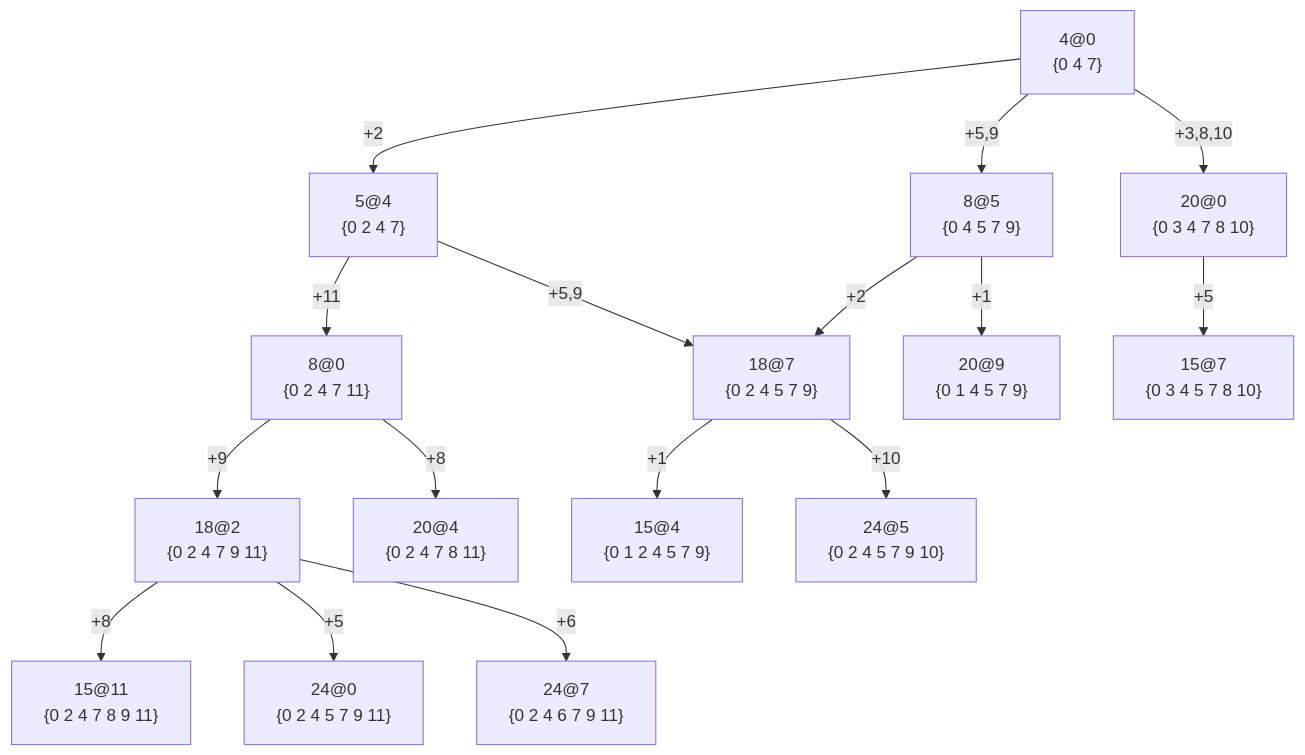
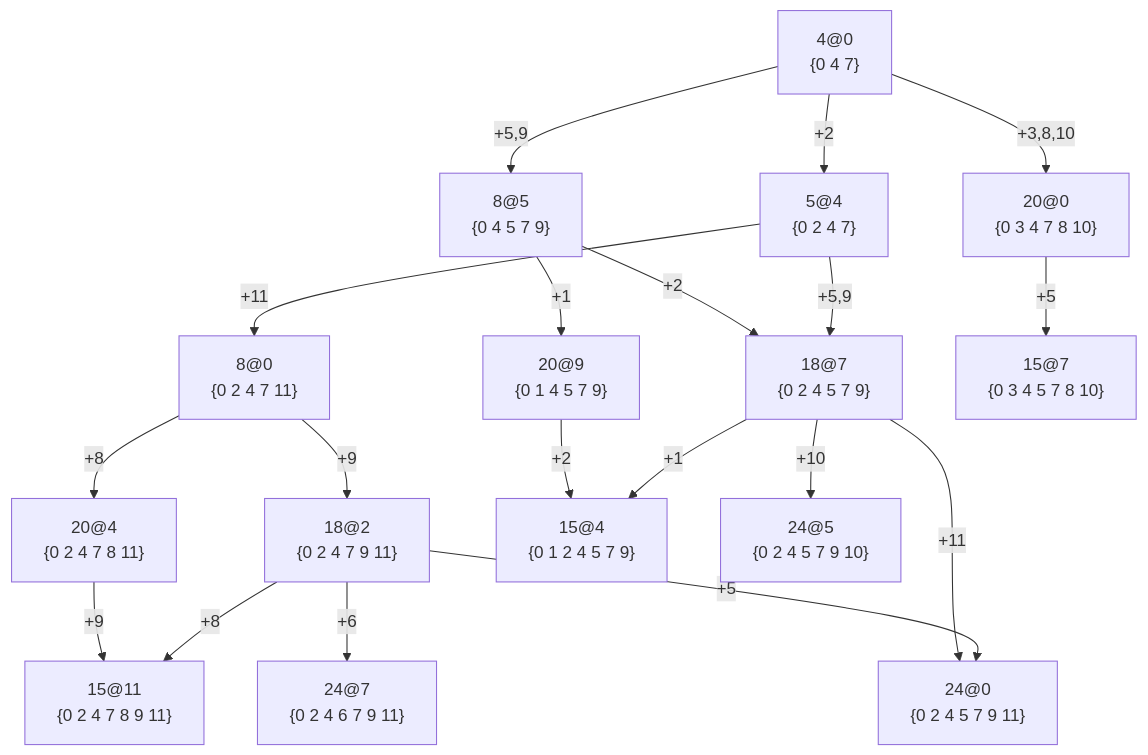
One commit to jkvastad/Melodroid-3 changed the fourth of 4 diagrams in website/docs/music/placements.mdx. Above: the diagram before and after it, drawn with Mermaid. The commit also changed other lines of this file and 2 other files, not shown here.

Commit message:
Updated placement graphs to align with placement command

````diff
--- a/website/docs/music/placements.mdx
+++ b/website/docs/music/placements.mdx
@@ -163,34 +163,37 @@
 ```mermaid
 flowchart TD
-    M["4@0<br/>{0 4 7}"]
-    T54["5@4<br/>{0 2 4 7}"]
-    C8["8@5<br/>{0 4 5 7 9}"]
-    O20["20@0<br/>{0 3 4 7 8 10}"]
-    B8["8@0<br/>{0 2 4 7 11}"]
-    B18["18@7<br/>{0 2 4 5 7 9}"]
-    N209["20@9<br/>{0 1 4 5 7 9}"]
-    A18["18@2<br/>{0 2 4 7 9 11}"]
-    N204["20@4<br/>{0 2 4 7 8 11}"]
-    B15b["15@7<br/>{0 3 4 5 7 8 10}"]
-    B15["15@4<br/>{0 1 2 4 5 7 9}"]
-    B24["24@5<br/>{0 2 4 5 7 9 10}"]
-    A15["15@11<br/>{0 2 4 7 8 9 11}"]
-    C24["24@0<br/>{0 2 4 5 7 9 11}"]
-    A24["24@7<br/>{0 2 4 6 7 9 11}"]
+    P24["4@0<br/>{0 4 7}"]
+    P40["5@4<br/>{0 2 4 7}"]
+    P48["8@0<br/>{0 2 4 7 11}"]
+    P53["8@5<br/>{0 4 5 7 9}"]
+    P62["18@2<br/>{0 2 4 7 9 11}"]
+    P67["18@7<br/>{0 2 4 5 7 9}"]
+    P72["20@0<br/>{0 3 4 7 8 10}"]
+    P76["20@4<br/>{0 2 4 7 8 11}"]
+    P81["20@9<br/>{0 1 4 5 7 9}"]
+    P88["15@4<br/>{0 1 2 4 5 7 9}"]
+    P91["15@7<br/>{0 3 4 5 7 8 10}"]
+    P95["15@11<br/>{0 2 4 7 8 9 11}"]
+    P96["24@0<br/>{0 2 4 5 7 9 11}"]
+    P101["24@5<br/>{0 2 4 5 7 9 10}"]
+    P103["24@7<br/>{0 2 4 6 7 9 11}"]
 
-    M -- "+2" --> T54
-    M -- "+5,9" --> C8
-    M -- "+3,8,10" --> O20
-    T54 -- "+11" --> B8
-    T54 -- "+5,9" --> B18
-    C8 -- "+2" --> B18
-    C8 -- "+1" --> N209
-    O20 -- "+5" --> B15b
-    B8 -- "+9" --> A18
-    B8 -- "+8" --> N204
-    B18 -- "+1" --> B15
-    B18 -- "+10" --> B24
-    A18 -- "+8" --> A15
-    A18 -- "+5" --> C24
-    A18 -- "+6" --> A24
+    P24 -- "+2" --> P40
+    P24 -- "+5,9" --> P53
+    P24 -- "+3,8,10" --> P72
+    P40 -- "+11" --> P48
+    P40 -- "+5,9" --> P67
+    P48 -- "+9" --> P62
+    P48 -- "+8" --> P76
+    P53 -- "+2" --> P67
+    P53 -- "+1" --> P81
+    P62 -- "+8" --> P95
+    P62 -- "+5" --> P96
+    P62 -- "+6" --> P103
+    P67 -- "+1" --> P88
+    P67 -- "+11" --> P96
+    P67 -- "+10" --> P101
+    P72 -- "+5" --> P91
+    P76 -- "+9" --> P95
+    P81 -- "+2" --> P88
 ```
````
